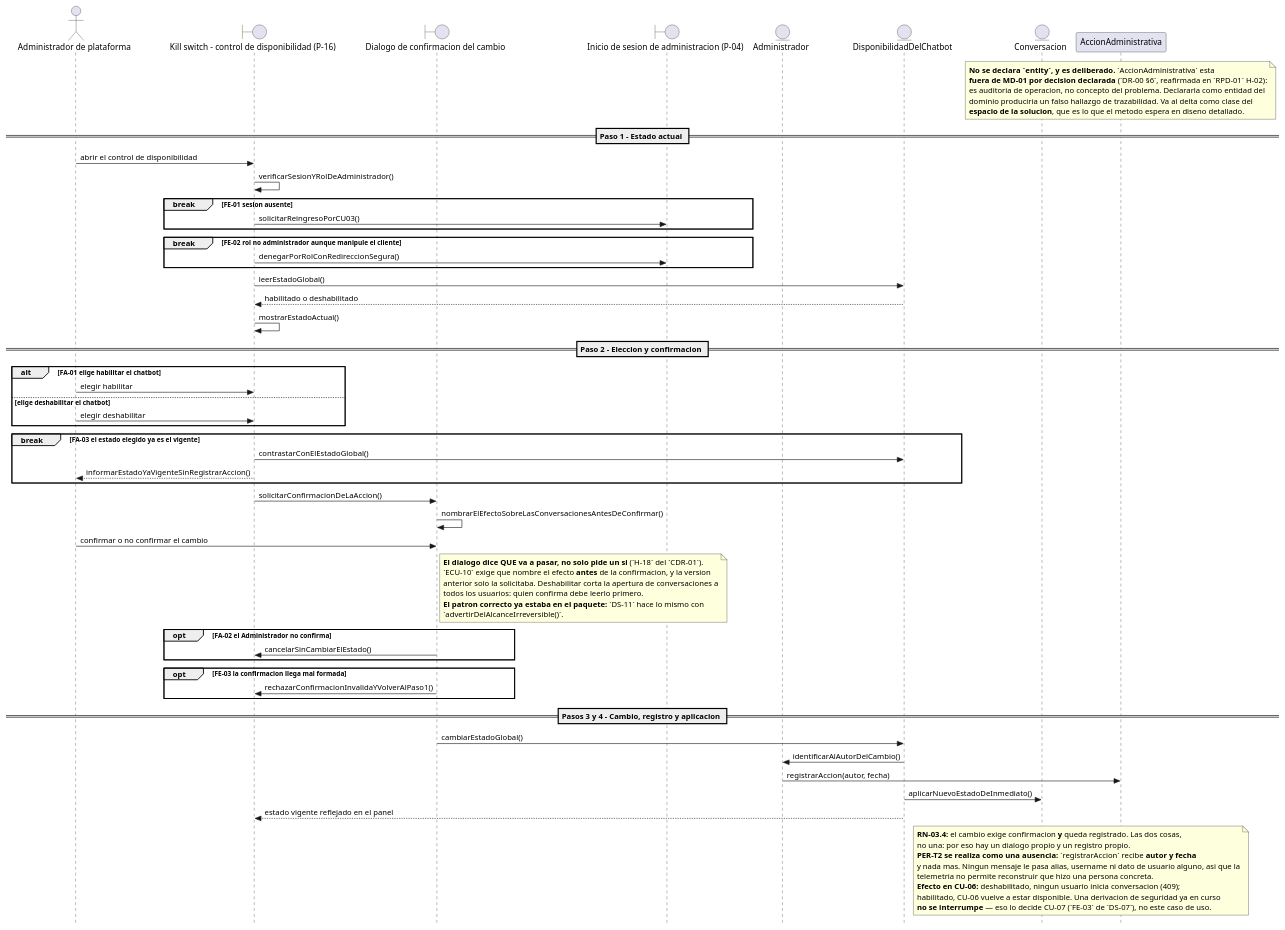
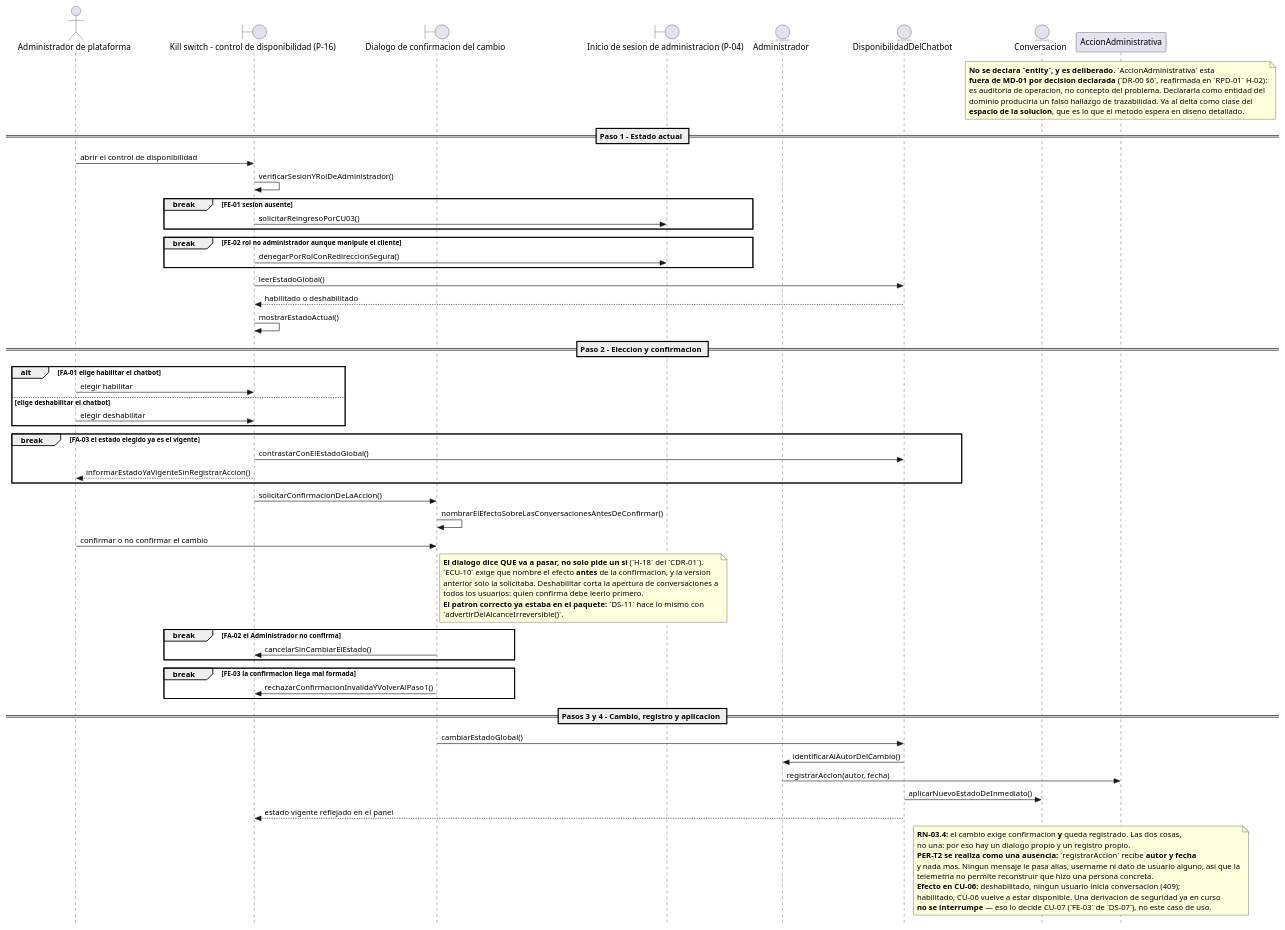
One commit to jonatan8254/alan-aura-academico changed the diagram in docs/07_casos_uso/secuencia/puml/DS-10_secuencia_habilitar_deshabilitar_chatbot.puml. Above: the diagram before and after it, drawn with PlantUML. The commit also changed 15 other files, not shown here.

```diff
--- a/docs/07_casos_uso/secuencia/puml/DS-10_secuencia_habilitar_deshabilitar_chatbot.puml
+++ b/docs/07_casos_uso/secuencia/puml/DS-10_secuencia_habilitar_deshabilitar_chatbot.puml
@@ -1,102 +1,109 @@
 @startuml
 ' DS-10 - Secuencia de CU-10 «Habilitar o deshabilitar el chatbot»
+' v1.2 (VI-01 del CDR-01 v1.4, SD-41): FA-02 y FE-03 vuelven de opt a BREAK.
+'       Criterio: estan a profundidad 0 —el fragmento envolvente es la interaccion
+'       entera— y su fila de ECU declara que el remanente NO se ejecuta. En UML 2.5
+'       `break` ejecuta su operando EN LUGAR DEL RESTO: es esa semantica exacta.
+'       `opt` solo saltaba su cuerpo y el flujo caia al exito.
+'       Consecuencia declarada: para estos casos el `break` ORIGINAL era correcto y
+'       esa parte de H-01 fue un falso positivo. Ver DS-00 §12.
 ' v1.1 (CDR-01): H-01 — FA-02 y FE-03 pasan de break a opt.
 '       H-18 — el dialogo NOMBRA EL EFECTO antes de confirmar, no solo pide confirmacion.
 '       H-20 — alias B_LoginAdmin unificado a B_PaginaInicioSesionAdmin (era divergente con DS-03).
 ' v1.0 (fase de diseno detallado, ICONIX paso 6)
 ' Insumos: DR-10 v2.0 (11 controladores), ECU-10 v2.0, MD-01 v1.4, DCU-01 v2.1,
 '          DIS-00 (P-16; destino P-04), MV-01 RN-03.4/RN-03.7, PER-01 v1.2.
 ' Capa de infraestructura: NO EJECUTADA por decision declarada (E-1 de DS-00).
 
 skinparam style strictuml
 skinparam shadowing false
 skinparam responseMessageBelowArrow true
 
 actor "Administrador de plataforma" as ACT_Administrador
 boundary "Kill switch - control de disponibilidad (P-16)" as B_ControlDisponibilidad
 boundary "Dialogo de confirmacion del cambio" as B_DialogoConfirmacion
 boundary "Inicio de sesion de administracion (P-04)" as B_PaginaInicioSesionAdmin
 entity "Administrador" as E_Administrador
 entity "DisponibilidadDelChatbot" as E_DisponibilidadDelChatbot
 entity "Conversacion" as E_Conversacion
 participant "AccionAdministrativa" as INF_AccionAdministrativa
 
 note over INF_AccionAdministrativa
   <b>No se declara `entity`, y es deliberado.</b> `AccionAdministrativa` esta
   <b>fuera de MD-01 por decision declarada</b> (`DR-00 §6`, reafirmada en `RPD-01` H-02):
   es auditoria de operacion, no concepto del problema. Declararla como entidad del
   dominio produciria un falso hallazgo de trazabilidad. Va al delta como clase del
   <b>espacio de la solucion</b>, que es lo que el metodo espera en diseno detallado.
 end note
 
 == Paso 1 - Estado actual ==
 
 ACT_Administrador -> B_ControlDisponibilidad : abrir el control de disponibilidad
 B_ControlDisponibilidad -> B_ControlDisponibilidad : verificarSesionYRolDeAdministrador()
 
 break FE-01 sesion ausente
   B_ControlDisponibilidad -> B_PaginaInicioSesionAdmin : solicitarReingresoPorCU03()
 end
 
 break FE-02 rol no administrador aunque manipule el cliente
   B_ControlDisponibilidad -> B_PaginaInicioSesionAdmin : denegarPorRolConRedireccionSegura()
 end
 
 B_ControlDisponibilidad -> E_DisponibilidadDelChatbot : leerEstadoGlobal()
 E_DisponibilidadDelChatbot --> B_ControlDisponibilidad : habilitado o deshabilitado
 B_ControlDisponibilidad -> B_ControlDisponibilidad : mostrarEstadoActual()
 
 == Paso 2 - Eleccion y confirmacion ==
 
 alt FA-01 elige habilitar el chatbot
   ACT_Administrador -> B_ControlDisponibilidad : elegir habilitar
 else elige deshabilitar el chatbot
   ACT_Administrador -> B_ControlDisponibilidad : elegir deshabilitar
 end
 
 break FA-03 el estado elegido ya es el vigente
   B_ControlDisponibilidad -> E_DisponibilidadDelChatbot : contrastarConElEstadoGlobal()
   B_ControlDisponibilidad --> ACT_Administrador : informarEstadoYaVigenteSinRegistrarAccion()
 end
 
 B_ControlDisponibilidad -> B_DialogoConfirmacion : solicitarConfirmacionDeLaAccion()
 B_DialogoConfirmacion -> B_DialogoConfirmacion : nombrarElEfectoSobreLasConversacionesAntesDeConfirmar()
 ACT_Administrador -> B_DialogoConfirmacion : confirmar o no confirmar el cambio
 
 note right of B_DialogoConfirmacion
   <b>El dialogo dice QUE va a pasar, no solo pide un si</b> (`H-18` del `CDR-01`).
   `ECU-10` exige que nombre el efecto <b>antes</b> de la confirmacion, y la version
   anterior solo la solicitaba. Deshabilitar corta la apertura de conversaciones a
   todos los usuarios: quien confirma debe leerlo primero.
   <b>El patron correcto ya estaba en el paquete:</b> `DS-11` hace lo mismo con
   `advertirDelAlcanceIrreversible()`.
 end note
 
-opt FA-02 el Administrador no confirma
+break FA-02 el Administrador no confirma
   B_DialogoConfirmacion -> B_ControlDisponibilidad : cancelarSinCambiarElEstado()
 end
 
-opt FE-03 la confirmacion llega mal formada
+break FE-03 la confirmacion llega mal formada
   B_DialogoConfirmacion -> B_ControlDisponibilidad : rechazarConfirmacionInvalidaYVolverAlPaso1()
 end
 
 == Pasos 3 y 4 - Cambio, registro y aplicacion ==
 
 B_DialogoConfirmacion -> E_DisponibilidadDelChatbot : cambiarEstadoGlobal()
 E_DisponibilidadDelChatbot -> E_Administrador : identificarAlAutorDelCambio()
 E_Administrador -> INF_AccionAdministrativa : registrarAccion(autor, fecha)
 E_DisponibilidadDelChatbot -> E_Conversacion : aplicarNuevoEstadoDeInmediato()
 E_DisponibilidadDelChatbot --> B_ControlDisponibilidad : estado vigente reflejado en el panel
 
 note over INF_AccionAdministrativa, E_Conversacion
   <b>RN-03.4:</b> el cambio exige confirmacion <b>y</b> queda registrado. Las dos cosas,
   no una: por eso hay un dialogo propio y un registro propio.
   <b>PER-T2 se realiza como una ausencia:</b> `registrarAccion` recibe <b>autor y fecha</b>
   y nada mas. Ningun mensaje le pasa alias, username ni dato de usuario alguno, asi que la
   telemetria no permite reconstruir que hizo una persona concreta.
   <b>Efecto en CU-06:</b> deshabilitado, ningun usuario inicia conversacion (409);
   habilitado, CU-06 vuelve a estar disponible. Una derivacion de seguridad ya en curso
   <b>no se interrumpe</b> — eso lo decide CU-07 (`FE-03` de `DS-07`), no este caso de uso.
 end note
 
 @enduml
```
